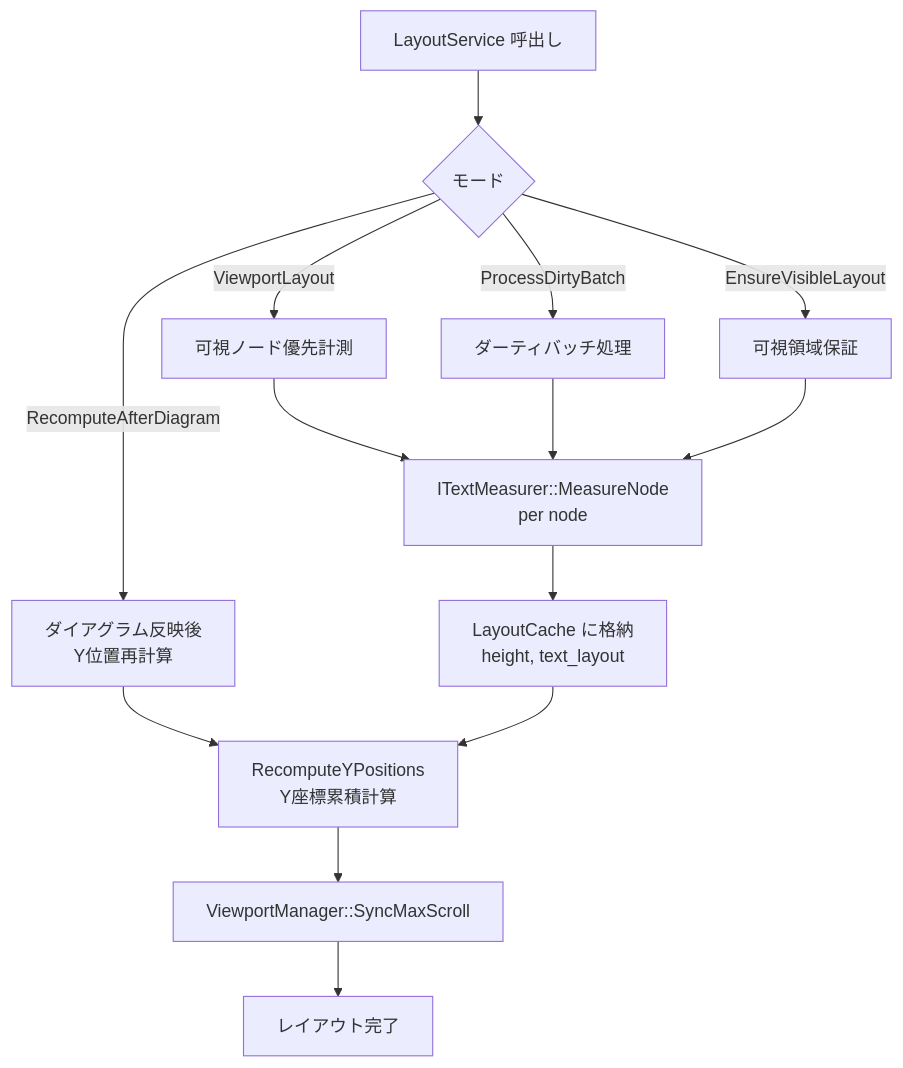
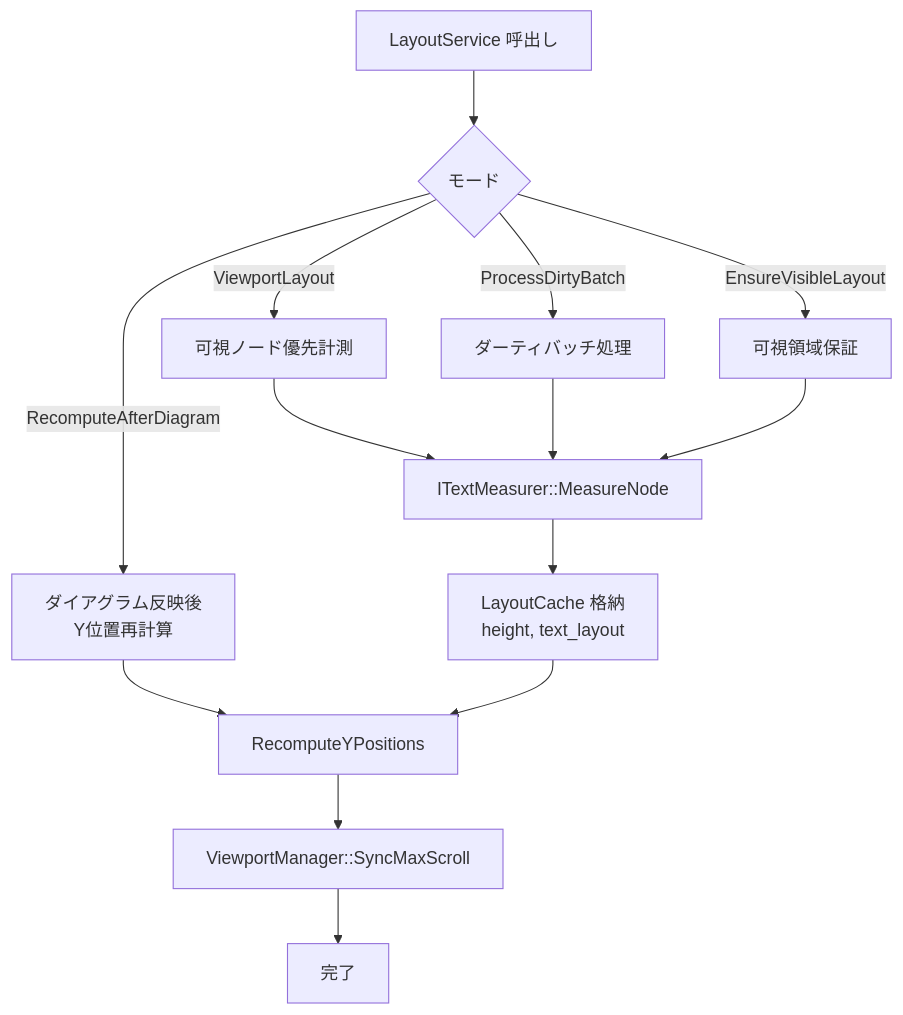
The seventh of 27 diagrams in example/test.md (tanaton/mendo), drawn with Mermaid before and after one commit. The commit also changed other lines of this file, not shown here.

````diff
--- a/example/test.md
+++ b/example/test.md
@@ -573,18 +716,18 @@
 ```mermaid
 flowchart TB
     START[LayoutService 呼出し] --> MODE{モード}
     MODE -->|ViewportLayout| VIEWPORT[可視ノード優先計測]
     MODE -->|ProcessDirtyBatch| BATCH[ダーティバッチ処理]
     MODE -->|EnsureVisibleLayout| ENSURE[可視領域保証]
     MODE -->|RecomputeAfterDiagram| RECOMP[ダイアグラム反映後<br>Y位置再計算]
 
-    VIEWPORT --> MEASURE[ITextMeasurer::MeasureNode<br>per node]
+    VIEWPORT --> MEASURE[ITextMeasurer::MeasureNode]
     BATCH --> MEASURE
     ENSURE --> MEASURE
     RECOMP --> YPOS
 
-    MEASURE --> CACHE[LayoutCache に格納<br>height, text_layout]
-    CACHE --> YPOS[RecomputeYPositions<br>Y座標累積計算]
+    MEASURE --> CACHE[LayoutCache 格納<br>height, text_layout]
+    CACHE --> YPOS[RecomputeYPositions]
     YPOS --> SYNC[ViewportManager::SyncMaxScroll]
-    SYNC --> DONE[レイアウト完了]
+    SYNC --> DONE[完了]
 ```
````
